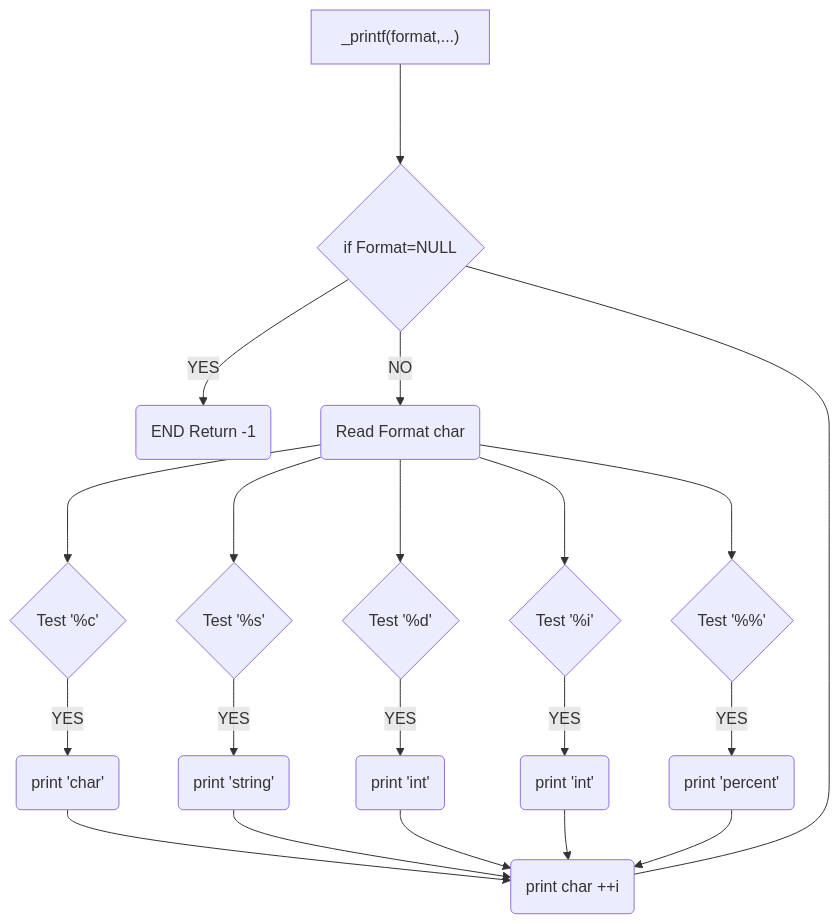
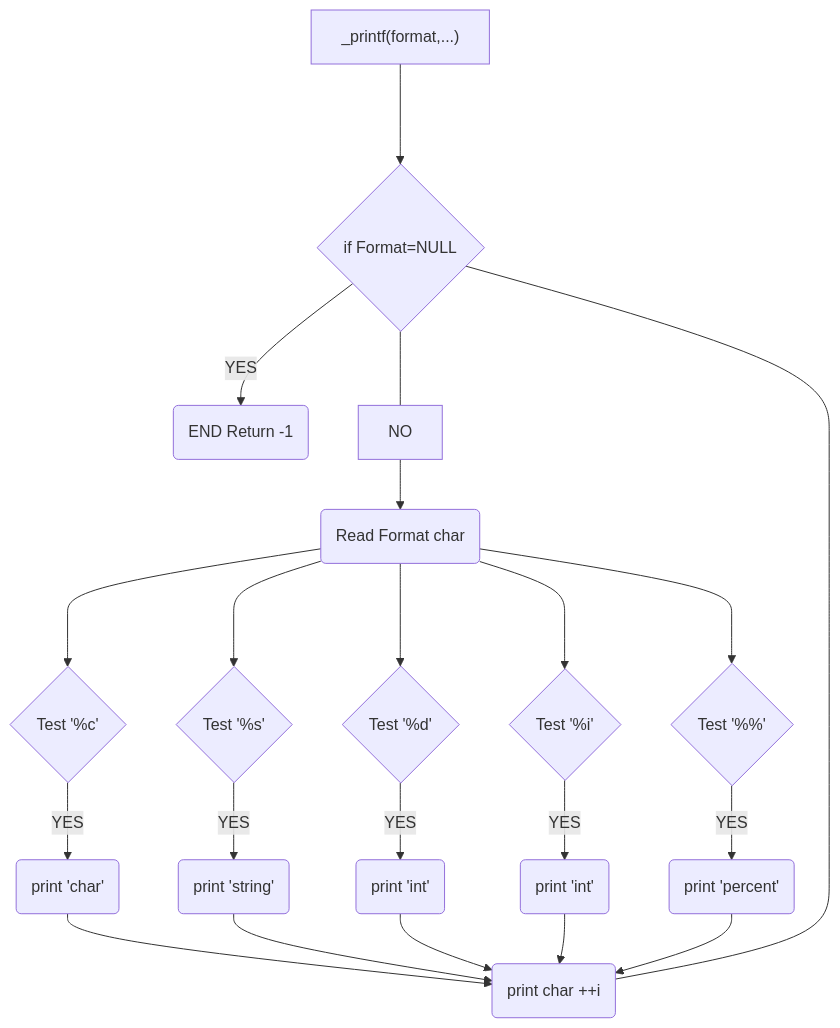
Before and after one commit to Genia888/holbertonschool-printf: the diagram in README.md, drawn with Mermaid.

Commit message:
Update flowchart readme

````diff
--- a/README.md
+++ b/README.md
@@ -76,18 +76,18 @@
 ```mermaid
     flowchart TD
     A["_printf(format,...)"] --->B{"if  Format=NULL"}
     B -- YES --> I("END Return -1")
-    B -- NO --> C("Read Format char")
+    B --- NO --> C("Read Format char")
     C ---> D{Test '%c'} 
     C ---> E{Test '%s' } 
     C ---> F{Test '%d'}  
     C ---> J{Test '%i'}  
     C ---> K{Test '%%'}
     D -- YES --> 1(print 'char')
     E -- YES --> 2(print 'string')
     F -- YES --> 3(print 'int')
     J -- YES --> 4(print 'int')
     K -- YES --> 5(print 'percent')
     1 & 2 & 3 & 4 & 5 --> M(print char ++i)
     B --- M
 ```
````
